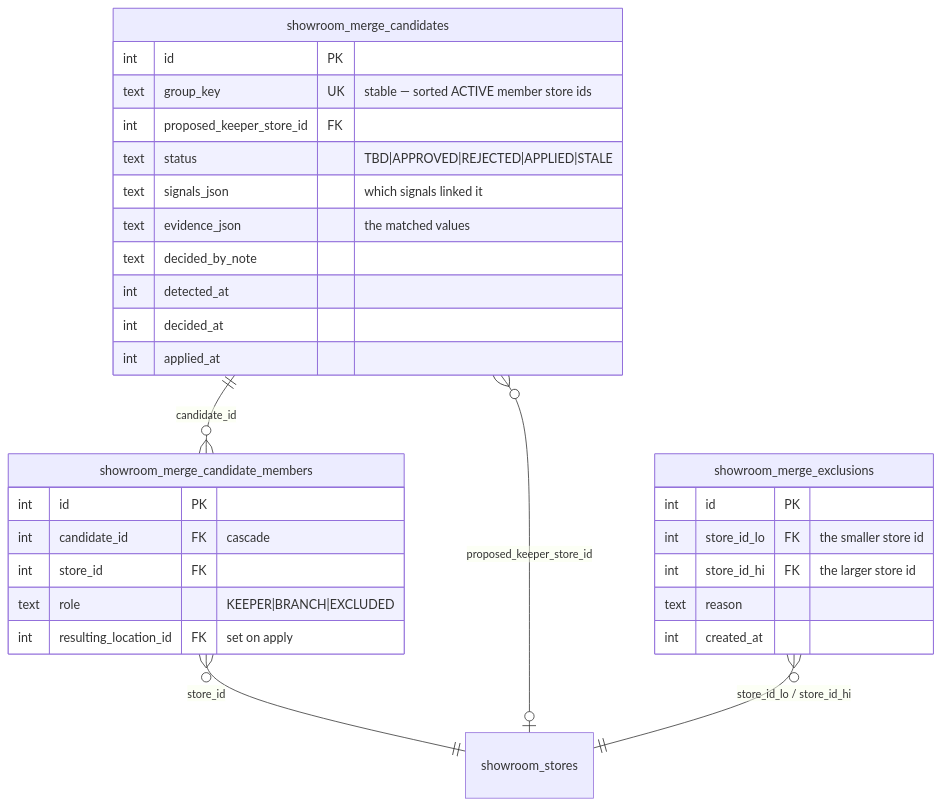
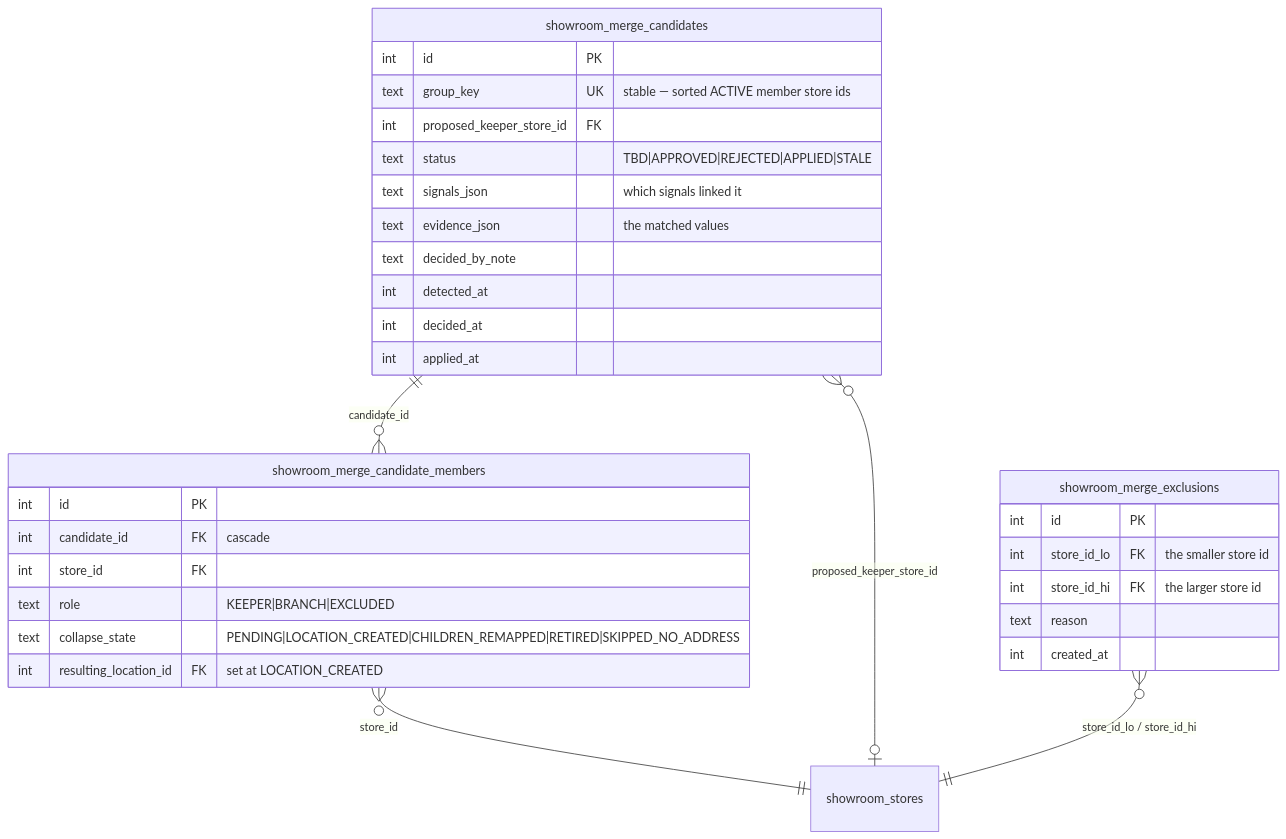
One commit to jmbish04/core-remodel changed the second of 5 diagrams in docs/0047_showroom_branch_collapse/IMPLEMENTATION_PLAN.md. Above: the diagram before and after it, drawn with Mermaid. The commit also changed other lines of this file and 2 other files, not shown here.

First line of the commit message:
docs(0047): per-member collapse state machine + precise exclusion pairs (codra)

````diff
--- a/docs/0047_showroom_branch_collapse/IMPLEMENTATION_PLAN.md
+++ b/docs/0047_showroom_branch_collapse/IMPLEMENTATION_PLAN.md
@@ -71,34 +71,35 @@
 ```mermaid
 erDiagram
     showroom_merge_candidates ||--o{ showroom_merge_candidate_members : "candidate_id"
     showroom_merge_candidate_members }o--|| showroom_stores : "store_id"
     showroom_merge_candidates }o--o| showroom_stores : "proposed_keeper_store_id"
     showroom_merge_exclusions }o--|| showroom_stores : "store_id_lo / store_id_hi"
 
     showroom_merge_candidates {
         int id PK
         text group_key UK "stable — sorted ACTIVE member store ids"
         int proposed_keeper_store_id FK
         text status "TBD|APPROVED|REJECTED|APPLIED|STALE"
         text signals_json "which signals linked it"
         text evidence_json "the matched values"
         text decided_by_note
         int detected_at
         int decided_at
         int applied_at
     }
     showroom_merge_candidate_members {
         int id PK
         int candidate_id FK "cascade"
         int store_id FK
         text role "KEEPER|BRANCH|EXCLUDED"
-        int resulting_location_id FK "set on apply"
+        text collapse_state "PENDING|LOCATION_CREATED|CHILDREN_REMAPPED|RETIRED|SKIPPED_NO_ADDRESS"
+        int resulting_location_id FK "set at LOCATION_CREATED"
     }
     showroom_merge_exclusions {
         int id PK
         int store_id_lo FK "the smaller store id"
         int store_id_hi FK "the larger store id"
         text reason
         int created_at
     }
 ```
````
